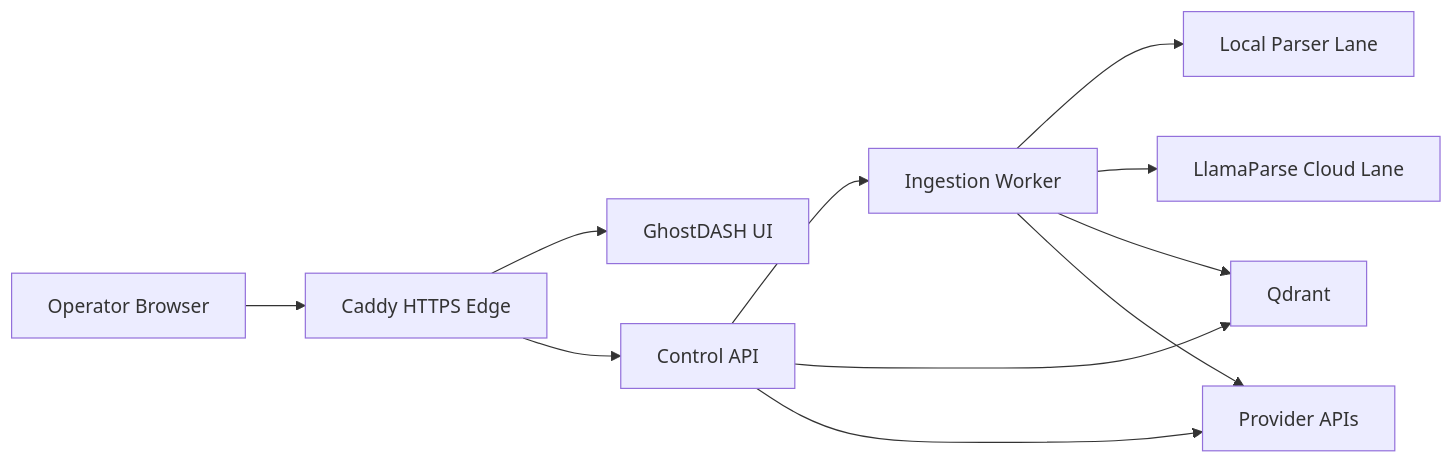
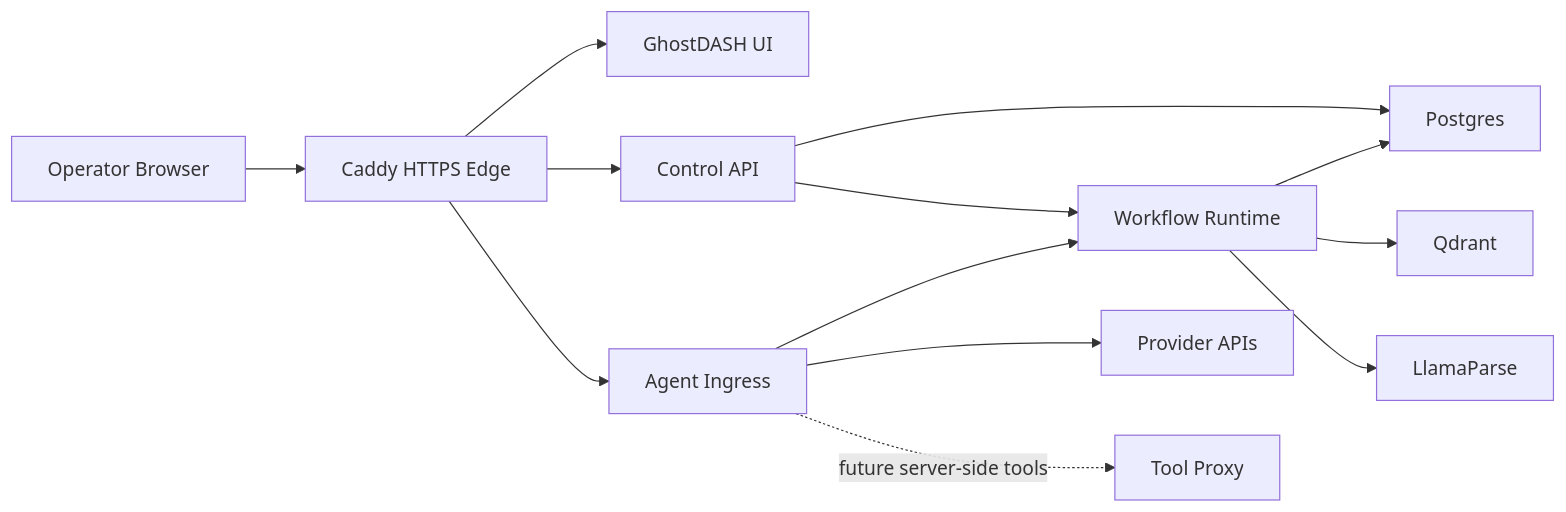
The diagram in docs/ARCHITECTURE_V2.md (jethro-hall/Ghost-ProdPrelim), drawn with Mermaid before and after one commit. The commit also changed other lines of this file and 23 other files, not shown here.

First line of the commit message:
feat: approved web API, vector stats, Qdrant batching and UI updates

````diff
--- a/docs/ARCHITECTURE_V2.md
+++ b/docs/ARCHITECTURE_V2.md
@@ -14,13 +11,15 @@
 ```mermaid
 flowchart LR
   operator[Operator Browser] --> caddy[Caddy HTTPS Edge]
   caddy --> ui[GhostDASH UI]
-  caddy --> api[Control API]
-  api --> worker[Ingestion Worker]
-  api --> qdrant[Qdrant]
-  api --> llms[Provider APIs]
-  worker --> parserLocal[Local Parser Lane]
-  worker --> parserCloud[LlamaParse Cloud Lane]
-  worker --> qdrant
-  worker --> llms
+  caddy --> controlApi[Control API]
+  caddy --> agentIngress[Agent Ingress]
+  controlApi --> postgres[Postgres]
+  controlApi --> workflowRuntime[Workflow Runtime]
+  agentIngress --> workflowRuntime
+  agentIngress --> providers[Provider APIs]
+  workflowRuntime --> postgres
+  workflowRuntime --> qdrant[Qdrant]
+  workflowRuntime --> llamaParse[LlamaParse]
+  agentIngress -. future server-side tools .-> toolProxy[Tool Proxy]
 ```
````
